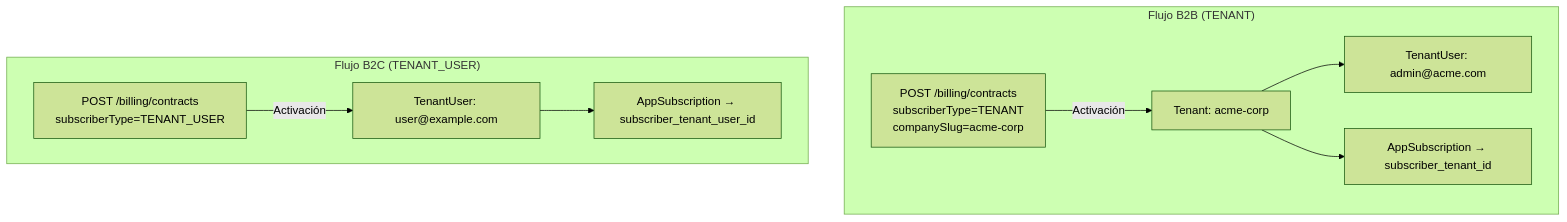
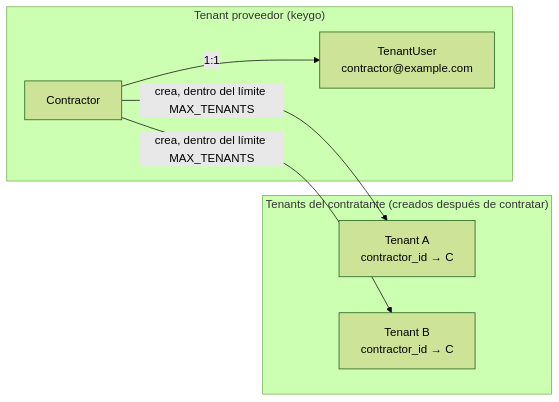
One commit to cmartinezs/keygo-web-ui changed the second of 8 diagrams in docs/BILLING_FLOW.md. Above: the diagram before and after it, drawn with Mermaid (forest theme). The commit also changed other lines of this file and 17 other files, not shown here.

````diff
--- a/docs/BILLING_FLOW.md
+++ b/docs/BILLING_FLOW.md
@@ -81,13 +98,16 @@
 ```mermaid
-graph TD
-    subgraph "Flujo B2B (TENANT)"
-        A1["POST /billing/contracts<br/>subscriberType=TENANT<br/>companySlug=acme-corp"] -->|Activación| B1["Tenant: acme-corp"]
-        B1 --> C1["TenantUser: admin@acme.com"]
-        B1 --> D1["AppSubscription → subscriber_tenant_id"]
+graph LR
+    subgraph "Tenant proveedor (keygo)"
+        TU["TenantUser\ncontractor@example.com"]
+        C["Contractor"]
     end
 
-    subgraph "Flujo B2C (TENANT_USER)"
-        A2["POST /billing/contracts<br/>subscriberType=TENANT_USER"] -->|Activación| C2["TenantUser: user@example.com"]
-        C2 --> D2["AppSubscription → subscriber_tenant_user_id"]
+    subgraph "Tenants del contratante (creados después de contratar)"
+        T1["Tenant A\ncontractor_id → C"]
+        T2["Tenant B\ncontractor_id → C"]
     end
+
+    C -- "1:1" --> TU
+    C -- "crea, dentro del límite MAX_TENANTS" --> T1
+    C -- "crea, dentro del límite MAX_TENANTS" --> T2
 ```
````
